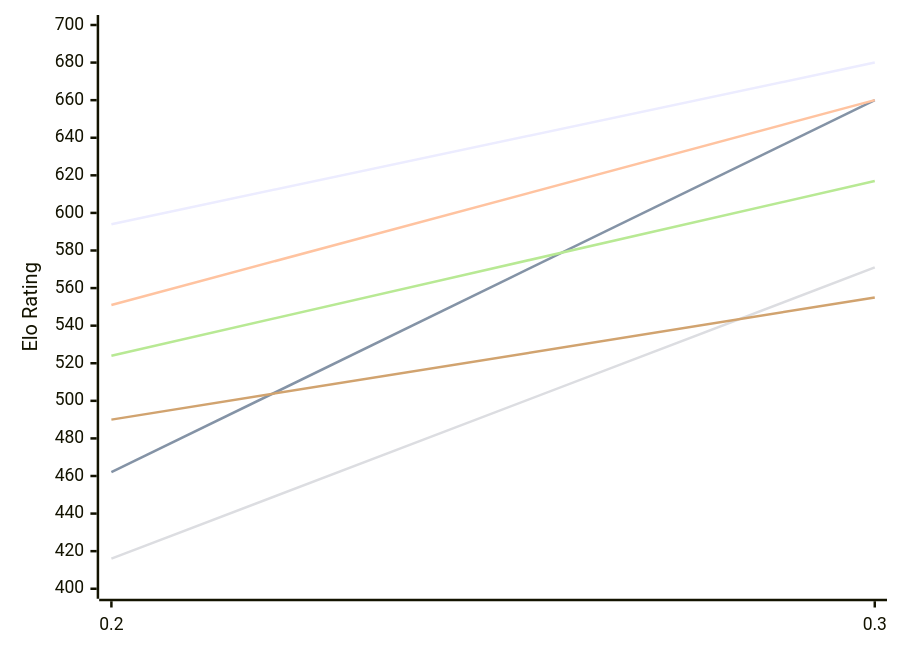
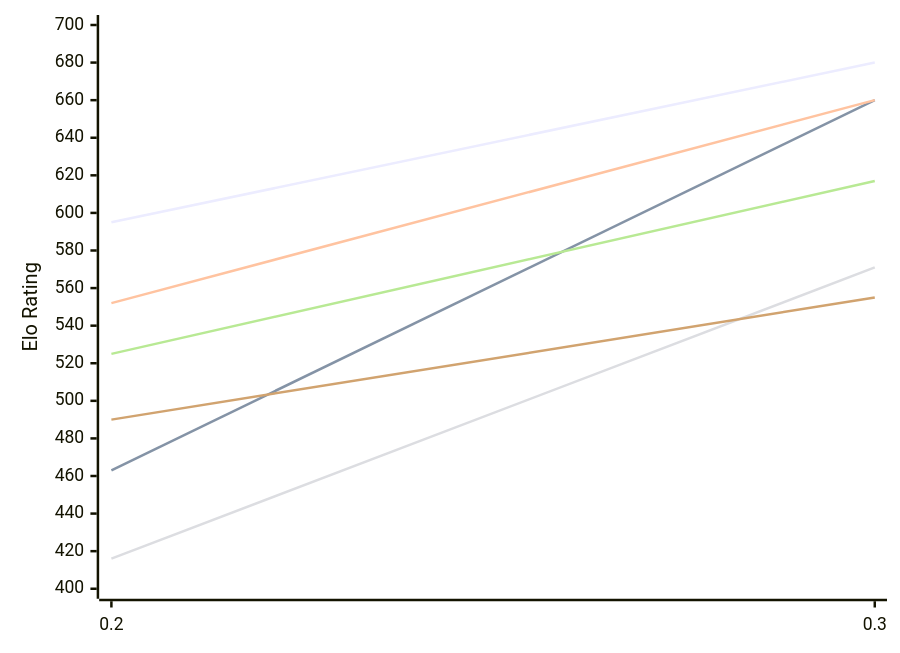
The first of 2 diagrams in engines/Magpie.md (computer-chess-index/cci), drawn with Mermaid before and after one commit. The commit also changed other lines of this file, not shown here.

Commit message:
Update CCI Ratings (ELO VLTC) - 2026-11-24

````diff
--- a/engines/Magpie.md
+++ b/engines/Magpie.md
@@ -50,12 +50,12 @@
 ```mermaid
 %%{init: {"theme":"base","themeVariables":{"seriesColors:['#a3a3a3','#222221','#faa371']}}}%%
 xychart-beta
   x-axis ["0.2", "0.3"]
   y-axis "Elo Rating" 400 --> 700
-  line "E1: STC (8.0+0.08s)" [594, 680]
-  line "E1: LTC (60.0+0.60s)" [462, 660]
-  line "E1: VLTC (2m24s+1.12s)" [551, 660]
+  line "E1: STC (8.0+0.08s)" [595, 680]
+  line "E1: LTC (60.0+0.60s)" [463, 660]
+  line "E1: VLTC (2m24s+1.12s)" [552, 660]
   line "P1: STC (8.0+0.08s)" [416, 571]
-  line "P1: LTC (60.0+0.60s)" [524, 617]
+  line "P1: LTC (60.0+0.60s)" [525, 617]
   line "P1: VLTC (2m24s+1.12s)" [490, 555]
 ```
````
